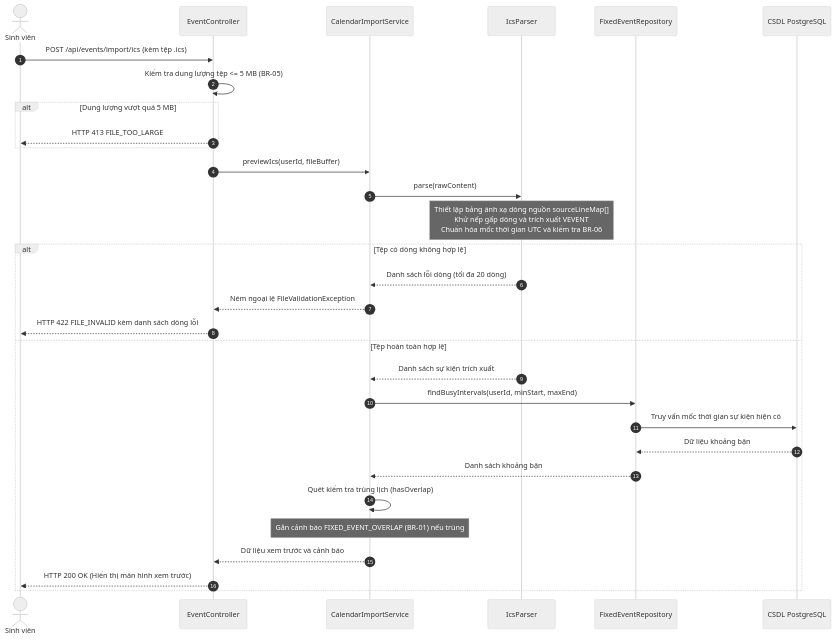
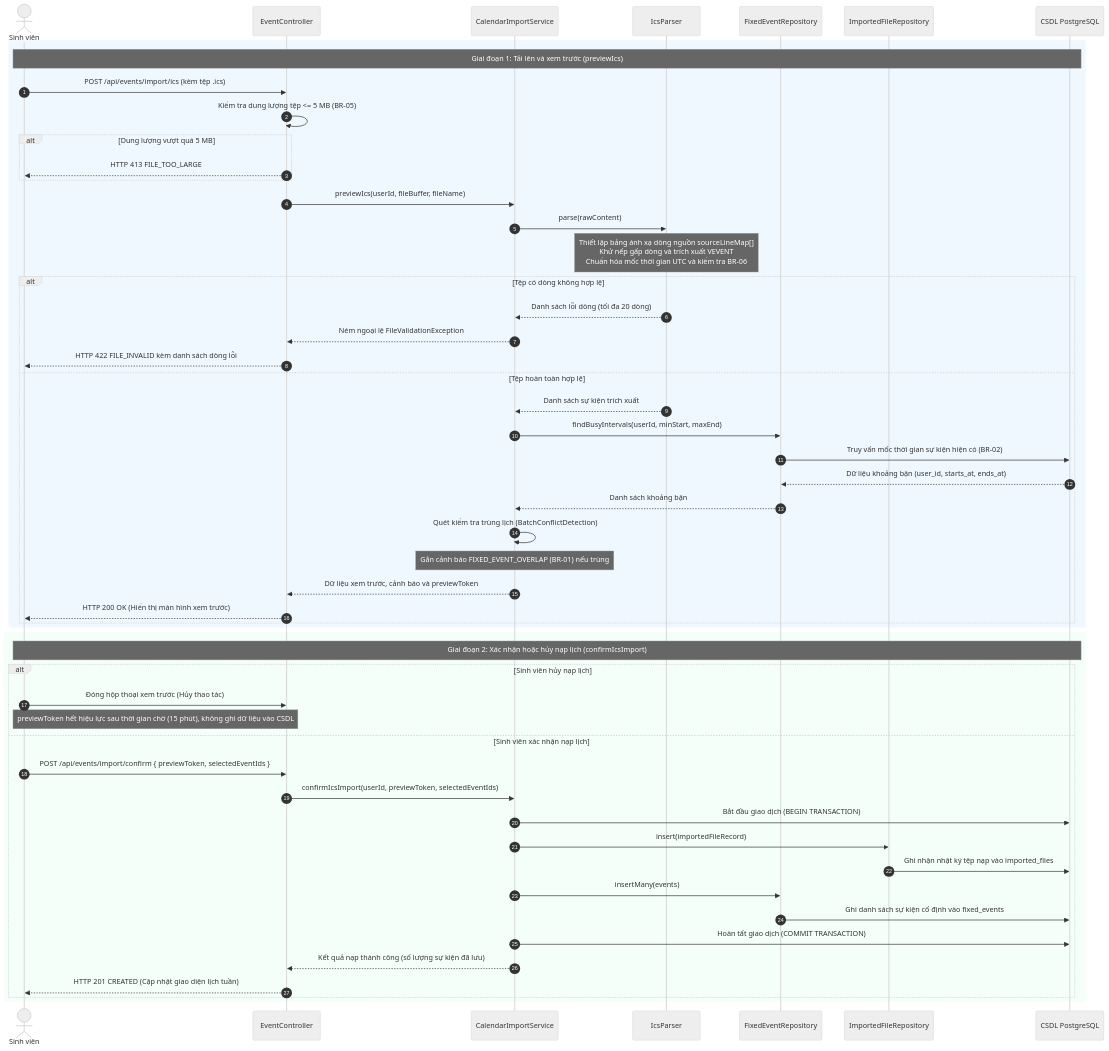
One commit to NMCNPM-StudySync/StudySync changed the diagram in docs/tv2-algorithm-design.md. Above: the diagram before and after it, drawn with Mermaid (neutral theme). The commit also changed other lines of this file, not shown here.

First line of the commit message:
docs: hoan thien giai thuat TV2 va cap nhat theo phan bien review

````diff
--- a/docs/tv2-algorithm-design.md
+++ b/docs/tv2-algorithm-design.md
@@ -92,34 +92,59 @@
 ```mermaid
 sequenceDiagram
     autonumber
     actor SV as Sinh viên
     participant EC as EventController
     participant IS as CalendarImportService
     participant IP as IcsParser
     participant FR as FixedEventRepository
+    participant IR as ImportedFileRepository
     participant DB as CSDL PostgreSQL
 
+    %% Giai đoạn 1: Tải lên và xem trước
+    rect rgb(240, 248, 255)
+    Note over SV, DB: Giai đoạn 1: Tải lên và xem trước (previewIcs)
     SV->>EC: POST /api/events/import/ics (kèm tệp .ics)
     EC->>EC: Kiểm tra dung lượng tệp <= 5 MB (BR-05)
     alt Dung lượng vượt quá 5 MB
         EC-->>SV: HTTP 413 FILE_TOO_LARGE
     end
-    EC->>IS: previewIcs(userId, fileBuffer)
+    EC->>IS: previewIcs(userId, fileBuffer, fileName)
     IS->>IP: parse(rawContent)
     Note over IP: Thiết lập bảng ánh xạ dòng nguồn sourceLineMap[]<br/>Khử nếp gấp dòng và trích xuất VEVENT<br/>Chuẩn hóa mốc thời gian UTC và kiểm tra BR-06
     alt Tệp có dòng không hợp lệ
         IP-->>IS: Danh sách lỗi dòng (tối đa 20 dòng)
         IS-->>EC: Ném ngoại lệ FileValidationException
         EC-->>SV: HTTP 422 FILE_INVALID kèm danh sách dòng lỗi
     else Tệp hoàn toàn hợp lệ
         IP-->>IS: Danh sách sự kiện trích xuất
         IS->>FR: findBusyIntervals(userId, minStart, maxEnd)
-        FR->>DB: Truy vấn mốc thời gian sự kiện hiện có
-        DB-->>FR: Dữ liệu khoảng bận
+        FR->>DB: Truy vấn mốc thời gian sự kiện hiện có (BR-02)
+        DB-->>FR: Dữ liệu khoảng bận (user_id, starts_at, ends_at)
         FR-->>IS: Danh sách khoảng bận
-        IS->>IS: Quét kiểm tra trùng lịch (hasOverlap)
+        IS->>IS: Quét kiểm tra trùng lịch (BatchConflictDetection)
         Note over IS: Gắn cảnh báo FIXED_EVENT_OVERLAP (BR-01) nếu trùng
-        IS-->>EC: Dữ liệu xem trước và cảnh báo
+        IS-->>EC: Dữ liệu xem trước, cảnh báo và previewToken
         EC-->>SV: HTTP 200 OK (Hiển thị màn hình xem trước)
     end
+    end
+
+    %% Giai đoạn 2: Xác nhận hoặc hủy nạp lịch
+    rect rgb(245, 255, 250)
+    Note over SV, DB: Giai đoạn 2: Xác nhận hoặc hủy nạp lịch (confirmIcsImport)
+    alt Sinh viên hủy nạp lịch
+        SV->>EC: Đóng hộp thoại xem trước (Hủy thao tác)
+        Note over SV, EC: previewToken hết hiệu lực sau thời gian chờ (15 phút), không ghi dữ liệu vào CSDL
+    else Sinh viên xác nhận nạp lịch
+        SV->>EC: POST /api/events/import/confirm { previewToken, selectedEventIds }
+        EC->>IS: confirmIcsImport(userId, previewToken, selectedEventIds)
+        IS->>DB: Bắt đầu giao dịch (BEGIN TRANSACTION)
+        IS->>IR: insert(importedFileRecord)
+        IR->>DB: Ghi nhận nhật ký tệp nạp vào imported_files
+        IS->>FR: insertMany(events)
+        FR->>DB: Ghi danh sách sự kiện cố định vào fixed_events
+        IS->>DB: Hoàn tất giao dịch (COMMIT TRANSACTION)
+        IS-->>EC: Kết quả nạp thành công (số lượng sự kiện đã lưu)
+        EC-->>SV: HTTP 201 CREATED (Cập nhật giao diện lịch tuần)
+    end
+    end
 ```
````
